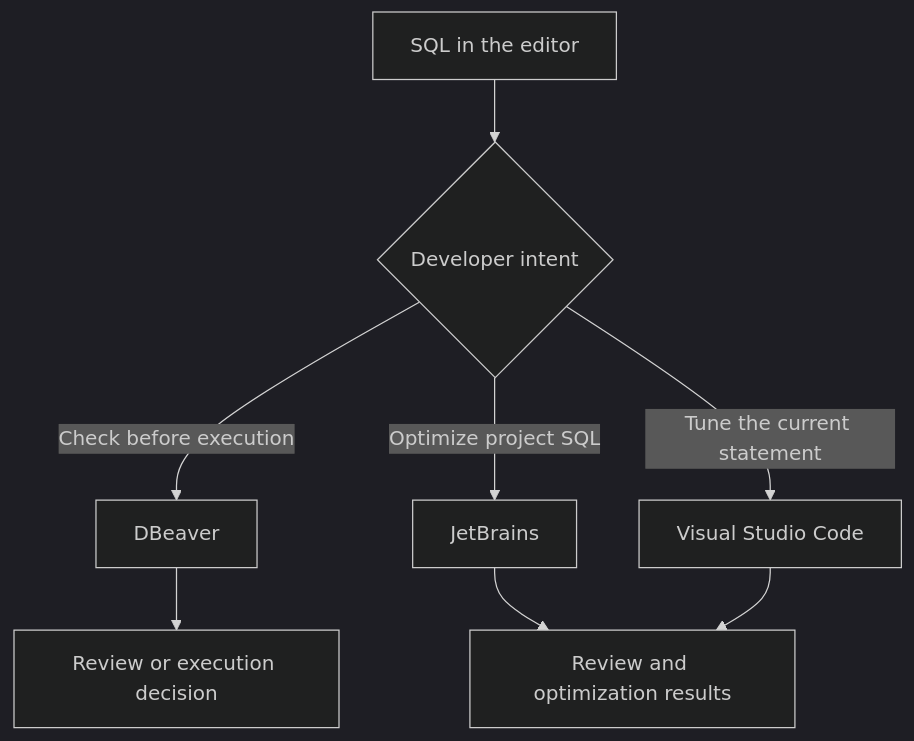
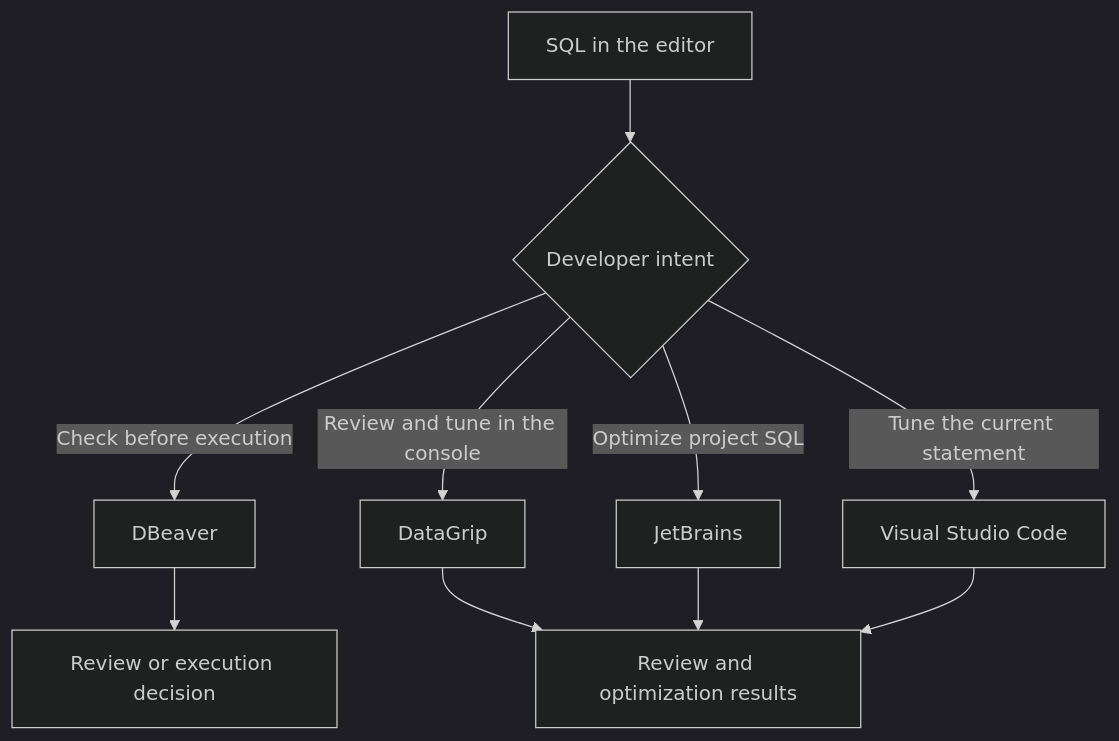
One commit to PawSQL/pawsql-docs-mantlify changed the diagram in docs/en/user-guide/dev-tools/index.mdx. Above: the diagram before and after it, drawn with Mermaid (dark theme). The commit also changed other lines of this file and 8 other files, not shown here.

First line of the commit message:
feat(dev-tools): 新增 PawSQL for DataGrip 插件文档

````diff
--- a/docs/en/user-guide/dev-tools/index.mdx
+++ b/docs/en/user-guide/dev-tools/index.mdx
@@ -41,10 +43,12 @@
 ```mermaid
 flowchart TD
     A["SQL in the editor"] --> B{"Developer intent"}
     B -->|Check before execution| C["DBeaver"]
+    B -->|Review and tune in the console| H["DataGrip"]
     B -->|Optimize project SQL| D["JetBrains"]
     B -->|Tune the current statement| E["Visual Studio Code"]
     C --> F["Review or execution decision"]
-    D --> G["Review and optimization results"]
+    H --> G["Review and optimization results"]
+    D --> G
     E --> G
 ```
````
